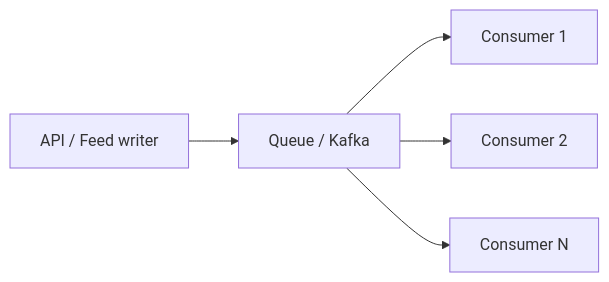
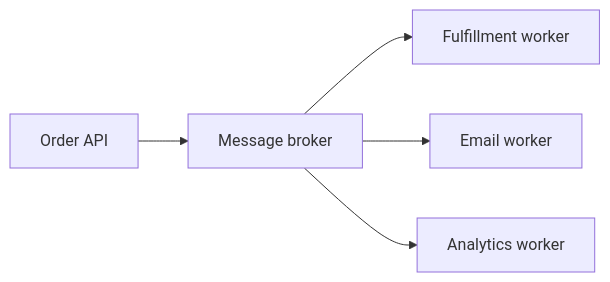
One commit to adnanrahin/adnanrahin.github.io changed the fifth of 11 diagrams in _system_design/scalability.md. Above: the diagram before and after it, drawn with Mermaid. The commit also changed other lines of this file and 3 other files, not shown here.

````diff
--- a/_system_design/scalability.md
+++ b/_system_design/scalability.md
@@ -232,7 +207,7 @@
 ```mermaid
 flowchart LR
-    Producer[API / Feed writer] --> Queue[Queue / Kafka]
-    Queue --> C1[Consumer 1]
-    Queue --> C2[Consumer 2]
-    Queue --> CN[Consumer N]
+    API[Order API] --> Q[Message broker]
+    Q --> W1[Fulfillment worker]
+    Q --> W2[Email worker]
+    Q --> W3[Analytics worker]
 ```
````
